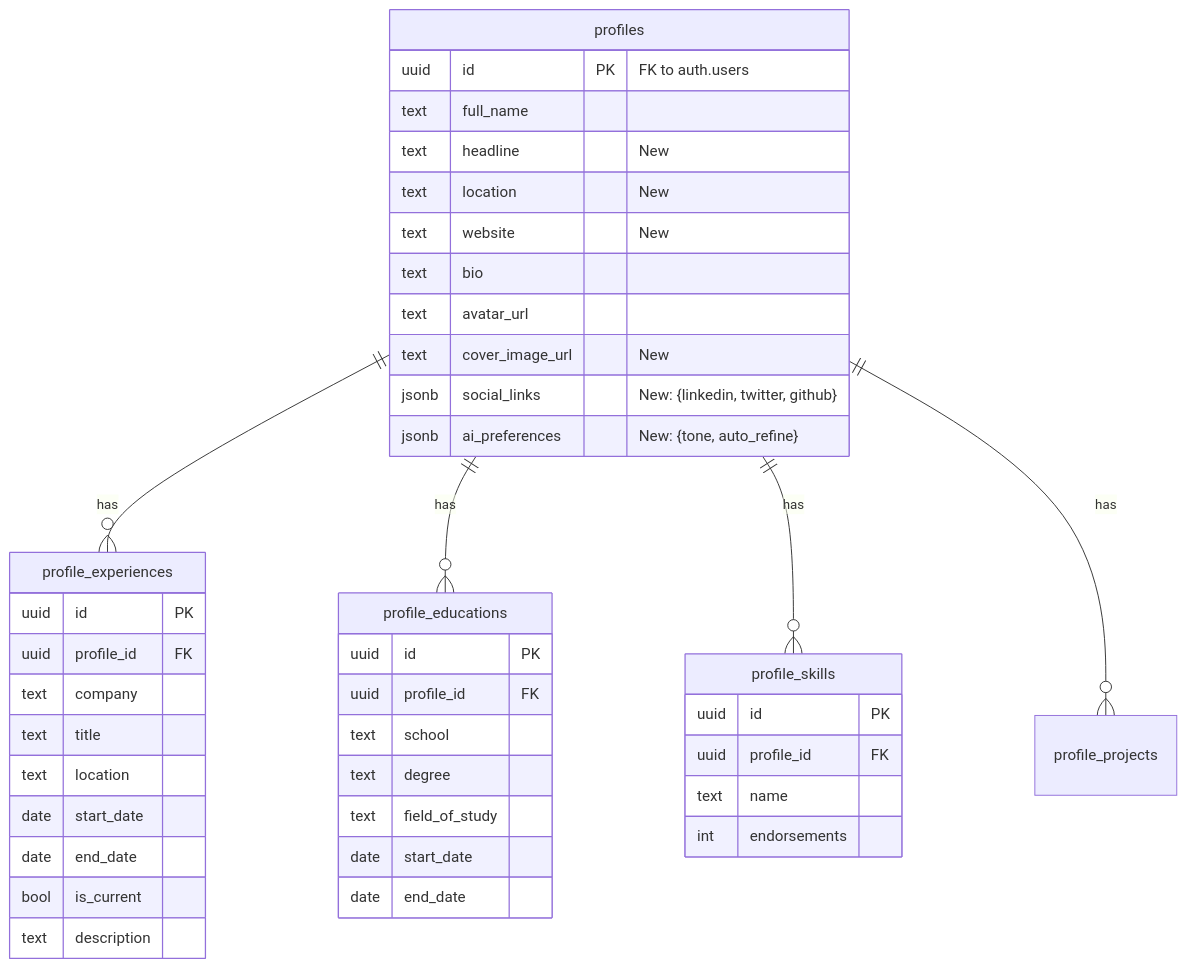
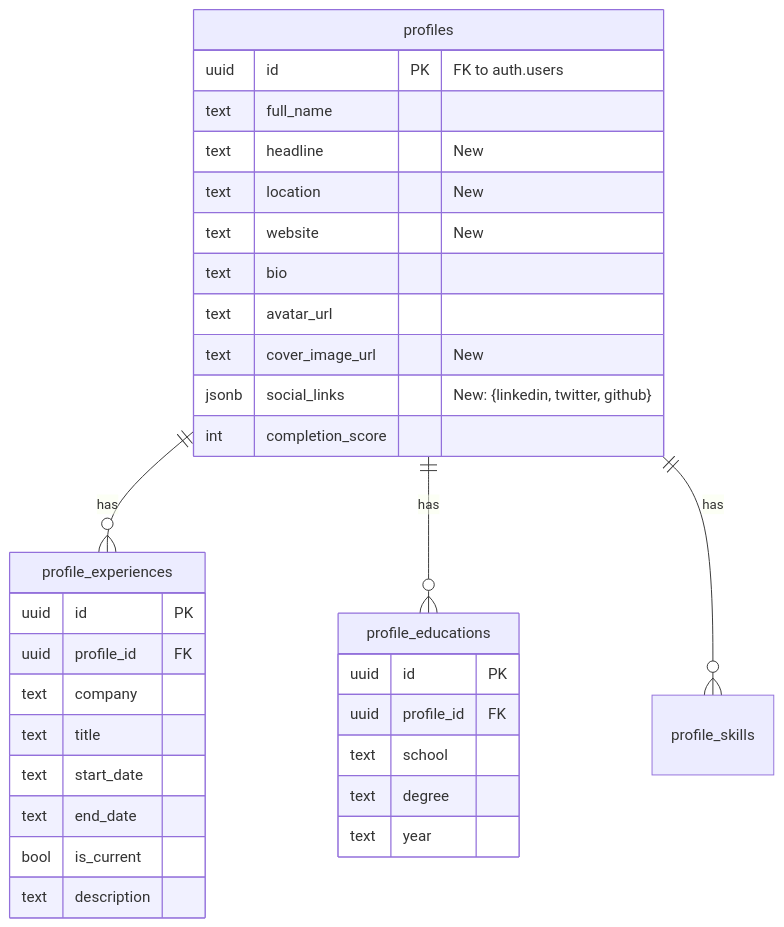
One commit to amo-tech-ai/startupai changed the second of 2 diagrams in docs/03-my-profile.md. Above: the diagram before and after it, drawn with Mermaid. The commit also changed other lines of this file and 8 other files, not shown here.

First line of the commit message:
feat: Add UserProfile schema and component

````diff
--- a/docs/03-my-profile.md
+++ b/docs/03-my-profile.md
@@ -62,46 +59,36 @@
 ```mermaid
 erDiagram
     profiles ||--o{ profile_experiences : has
     profiles ||--o{ profile_educations : has
     profiles ||--o{ profile_skills : has
-    profiles ||--o{ profile_projects : has
     
     profiles {
         uuid id PK "FK to auth.users"
         text full_name
         text headline "New"
         text location "New"
         text website "New"
         text bio
         text avatar_url
         text cover_image_url "New"
         jsonb social_links "New: {linkedin, twitter, github}"
-        jsonb ai_preferences "New: {tone, auto_refine}"
+        int completion_score
     }
     profile_experiences {
         uuid id PK
         uuid profile_id FK
         text company
         text title
-        text location
-        date start_date
-        date end_date
+        text start_date
+        text end_date
         bool is_current
         text description
     }
     profile_educations {
         uuid id PK
         uuid profile_id FK
         text school
         text degree
-        text field_of_study
-        date start_date
-        date end_date
-    }
-    profile_skills {
-        uuid id PK
-        uuid profile_id FK
-        text name
-        int endorsements
+        text year
     }
 ```
````
